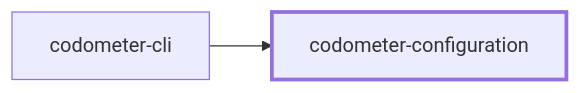
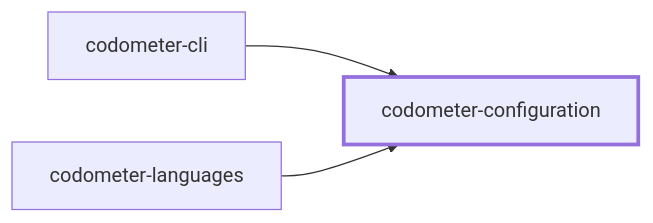
One commit to JimmyPaolini/codebase changed the first of 2 diagrams in packages/codometer-configuration/README.md. Above: the diagram before and after it, drawn with Mermaid. The commit also changed 111 other files, not shown here.

Commit message:
feat(codometer): ✨ extract codometer-languages package

````diff
--- a/packages/codometer-configuration/README.md
+++ b/packages/codometer-configuration/README.md
@@ -389,8 +389,10 @@
 ```mermaid
 flowchart LR
   codometer_cli["codometer-cli"]
   codometer_configuration["codometer-configuration"]
+  codometer_languages["codometer-languages"]
   codometer_cli --> codometer_configuration
+  codometer_languages --> codometer_configuration
   classDef subject stroke-width:3px
   class codometer_configuration subject
 ```
````
